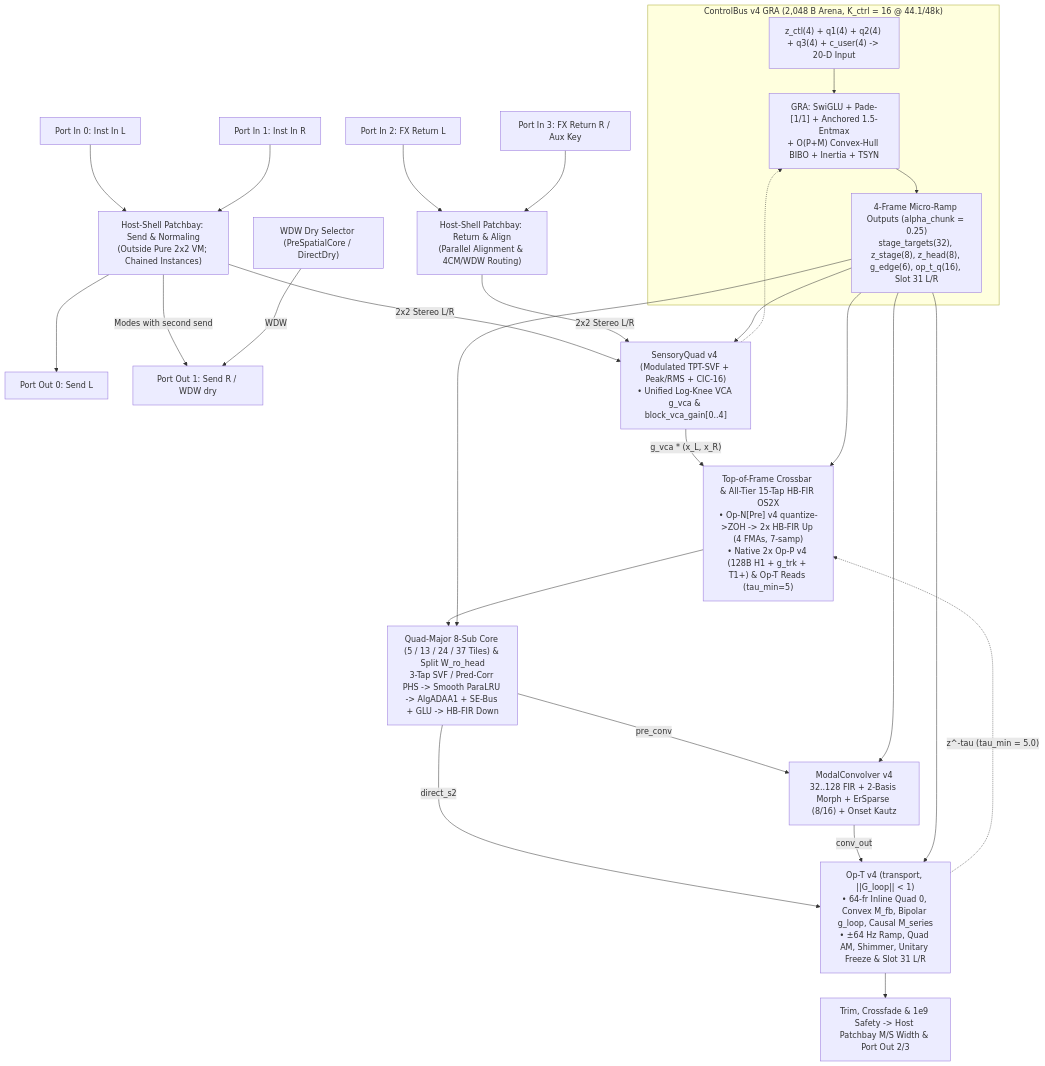
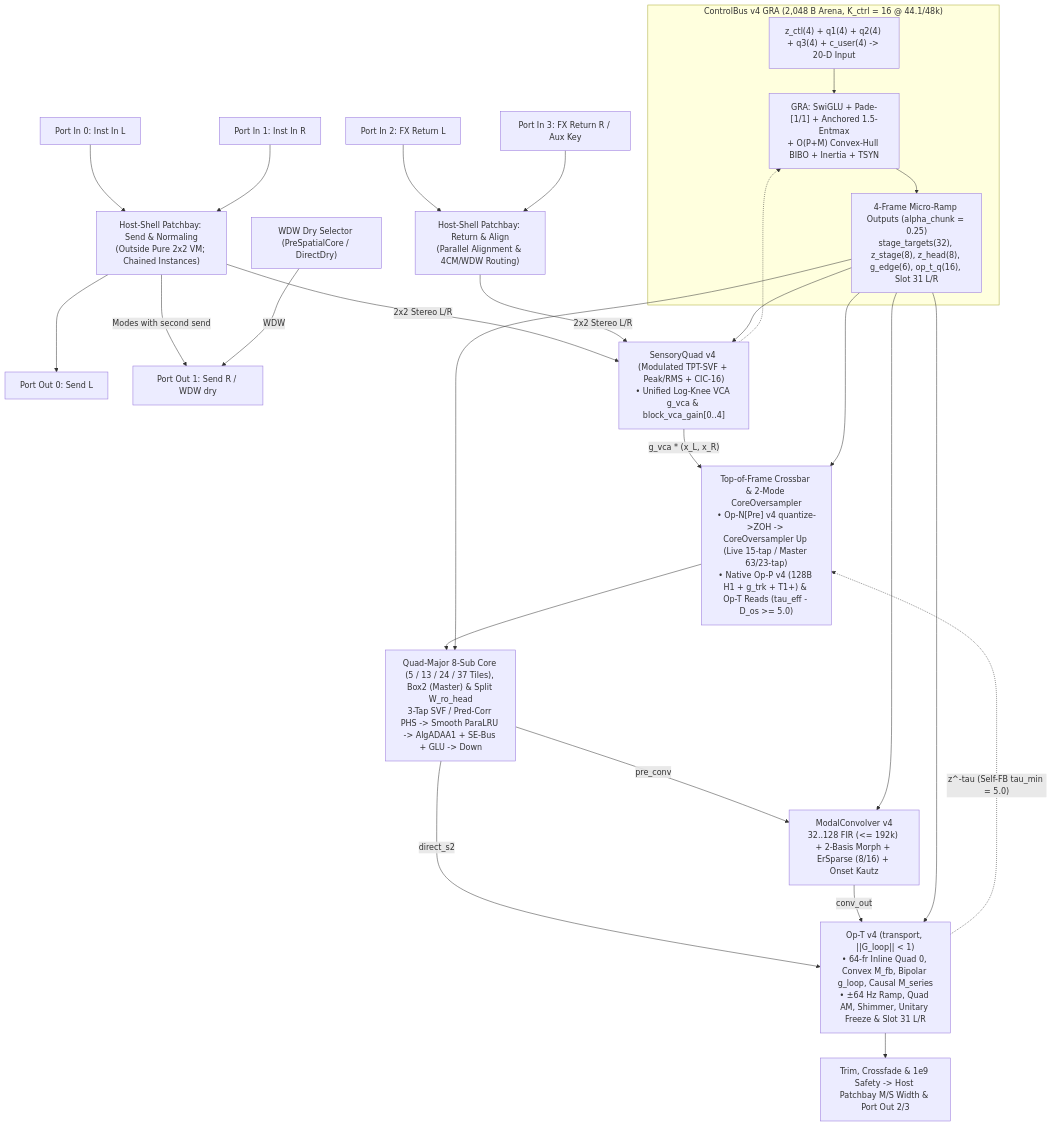
Before and after one commit to mokugen/dnam: the fourth of 7 diagrams in docs/specs/architecture/sona_architecture.md, drawn with Mermaid. The commit also changed other lines of this file and 23 other files, not shown here.

Commit message:
docs(adr,specs): ratify ADR-0026 core-only multirate, tau_eff crossbar, and deterministic ControlBus

````diff
--- a/docs/specs/architecture/sona_architecture.md
+++ b/docs/specs/architecture/sona_architecture.md
@@ -500,26 +508,26 @@
 ```mermaid
 flowchart TD
     subgraph ControlBusGroup ["ControlBus v4 GRA (2,048 B Arena, K_ctrl = 16 @ 44.1/48k)"]
         CtrlSrc["z_ctl(4) + q1(4) + q2(4) + q3(4) + c_user(4) -> 20-D Input"] --> OpN["GRA: SwiGLU + Pade-[1/1] + Anchored 1.5-Entmax<br/>+ O(P+M) Convex-Hull BIBO + Inertia + TSYN"]
         OpN --> CtrlDispatch["4-Frame Micro-Ramp Outputs (alpha_chunk = 0.25)<br/>stage_targets(32), z_stage(8), z_head(8), g_edge(6), op_t_q(16), Slot 31 L/R"]
     end
 
     In0["Port In 0: Inst In L"] & In1["Port In 1: Inst In R"] --> PreRouter["Host-Shell Patchbay: Send & Normaling<br/>(Outside Pure 2x2 VM; Chained Instances)"]
     In2["Port In 2: FX Return L"] & In3["Port In 3: FX Return R / Aux Key"] --> DownRouter["Host-Shell Patchbay: Return & Align<br/>(Parallel Alignment & 4CM/WDW Routing)"]
     PreRouter --> Out0["Port Out 0: Send L"]
     PreRouter -->|"Modes with second send"| Out1["Port Out 1: Send R / WDW dry"]
     DryTap["WDW Dry Selector (PreSpatialCore / DirectDry)"] -->|"WDW"| Out1
 
     PreRouter & DownRouter -->|"2x2 Stereo L/R"| Sense["SensoryQuad v4 (Modulated TPT-SVF + Peak/RMS + CIC-16)<br/>• Unified Log-Knee VCA g_vca & block_vca_gain[0..4]"]
     Sense -.-> OpN
-    Sense -->|"g_vca * (x_L, x_R)"| Crossbar["Top-of-Frame Crossbar & All-Tier 15-Tap HB-FIR OS2X<br/>• Op-N[Pre] v4 quantize->ZOH -> 2x HB-FIR Up (4 FMAs, 7-samp)<br/>• Native 2x Op-P v4 (128B H1 + g_trk + T1+) & Op-T Reads (tau_min=5)"]
+    Sense -->|"g_vca * (x_L, x_R)"| Crossbar["Top-of-Frame Crossbar & 2-Mode CoreOversampler<br/>• Op-N[Pre] v4 quantize->ZOH -> CoreOversampler Up (Live 15-tap / Master 63/23-tap)<br/>• Native Op-P v4 (128B H1 + g_trk + T1+) & Op-T Reads (tau_eff - D_os >= 5.0)"]
 
-    Crossbar --> SonaCore["Quad-Major 8-Sub Core (5 / 13 / 24 / 37 Tiles) & Split W_ro_head<br/>3-Tap SVF / Pred-Corr PHS -> Smooth ParaLRU -> AlgADAA1 + SE-Bus + GLU -> HB-FIR Down"]
-    SonaCore -->|"pre_conv"| Conv["ModalConvolver v4<br/>32..128 FIR + 2-Basis Morph + ErSparse (8/16) + Onset Kautz"]
+    Crossbar --> SonaCore["Quad-Major 8-Sub Core (5 / 13 / 24 / 37 Tiles), Box2 (Master) & Split W_ro_head<br/>3-Tap SVF / Pred-Corr PHS -> Smooth ParaLRU -> AlgADAA1 + SE-Bus + GLU -> Down"]
+    SonaCore -->|"pre_conv"| Conv["ModalConvolver v4<br/>32..128 FIR (<= 192k) + 2-Basis Morph + ErSparse (8/16) + Onset Kautz"]
     SonaCore -->|"direct_s2"| LoopFB["Op-T v4 (transport, ||G_loop|| < 1)<br/>• 64-fr Inline Quad 0, Convex M_fb, Bipolar g_loop, Causal M_series<br/>• ±64 Hz Ramp, Quad AM, Shimmer, Unitary Freeze & Slot 31 L/R"]
     Conv -->|"conv_out"| LoopFB
-    LoopFB -. "z^-tau (tau_min = 5.0)" .-> Crossbar
+    LoopFB -. "z^-tau (Self-FB tau_min = 5.0)" .-> Crossbar
     LoopFB --> MixOut["Trim, Crossfade & 1e9 Safety -> Host Patchbay M/S Width & Port Out 2/3"]
 
     CtrlDispatch --> Sense & Crossbar & SonaCore & Conv & LoopFB
 ```
````
